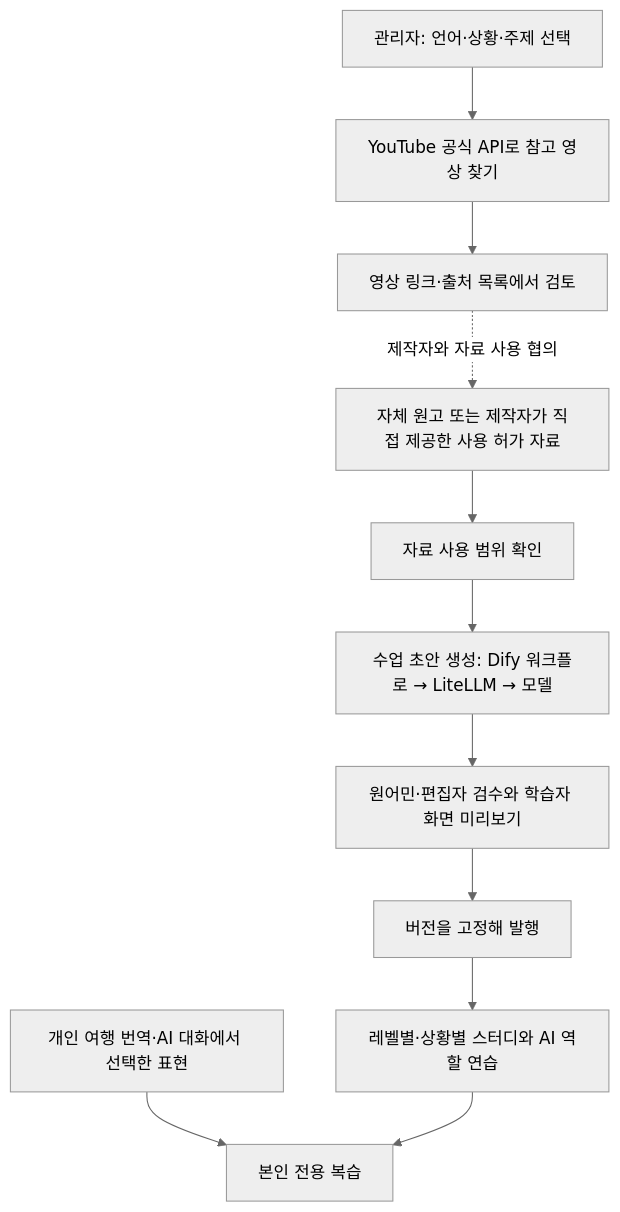
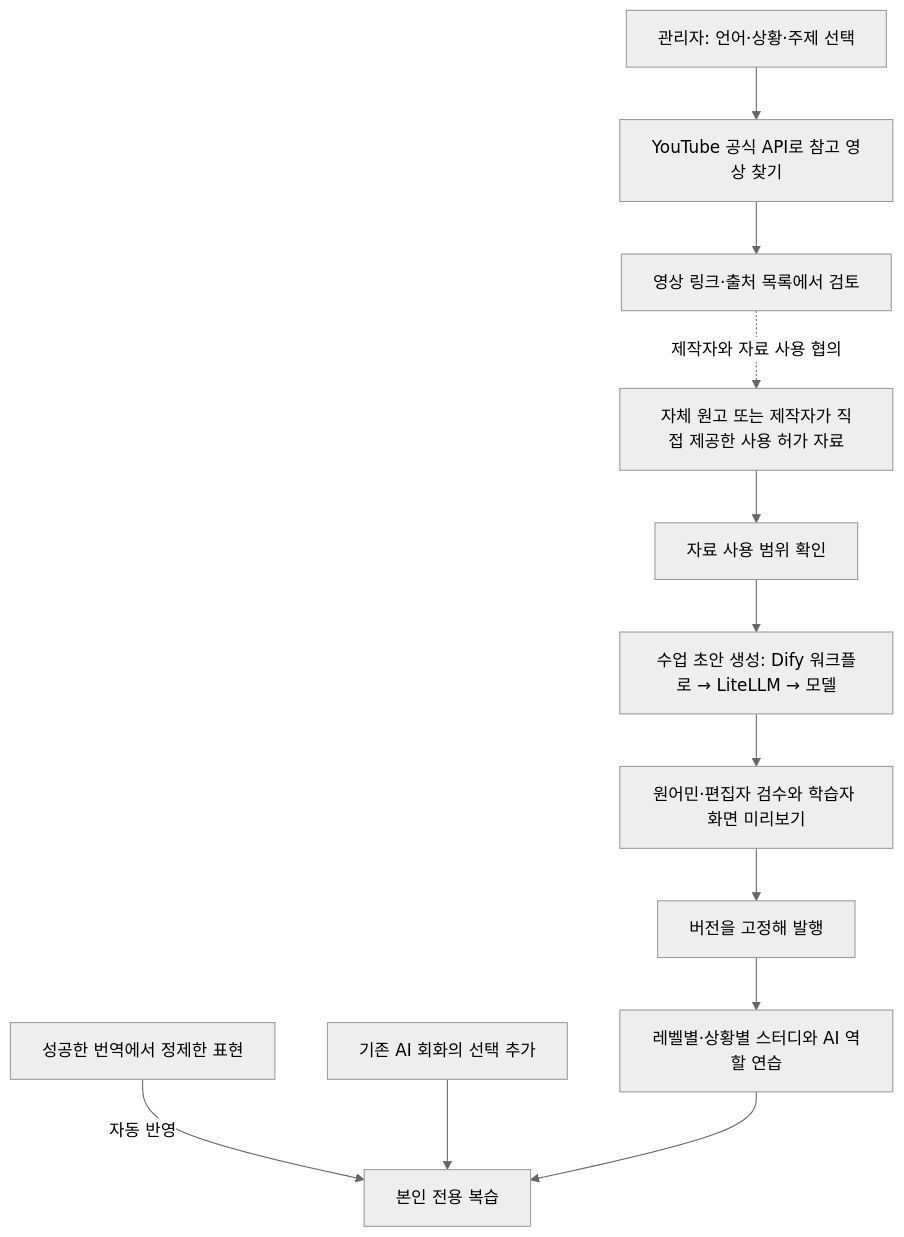
The diagram in docs/HANMADI-CONTENT-ADMIN-DESIGN.md (hhj4861/commerce-automation-kit), drawn with Mermaid (neutral theme) before and after one commit. The commit also changed other lines of this file and 7 other files, not shown here.

````diff
--- a/docs/HANMADI-CONTENT-ADMIN-DESIGN.md
+++ b/docs/HANMADI-CONTENT-ADMIN-DESIGN.md
@@ -11,13 +13,14 @@
 ```mermaid
 flowchart TD
   A[관리자: 언어·상황·주제 선택] --> B[YouTube 공식 API로 참고 영상 찾기]
   B --> C[영상 링크·출처 목록에서 검토]
   D[자체 원고 또는 제작자가 직접 제공한 사용 허가 자료] --> E[자료 사용 범위 확인]
   C -. 제작자와 자료 사용 협의 .-> D
   E --> F[수업 초안 생성: Dify 워크플로 → LiteLLM → 모델]
   F --> G[원어민·편집자 검수와 학습자 화면 미리보기]
   G --> H[버전을 고정해 발행]
   H --> I[레벨별·상황별 스터디와 AI 역할 연습]
-  J[개인 여행 번역·AI 대화에서 선택한 표현] --> K[본인 전용 복습]
+  J[성공한 번역에서 정제한 표현] -->|자동 반영| K[본인 전용 복습]
+  L[기존 AI 회화의 선택 추가] --> K
   I --> K
 ```
````
